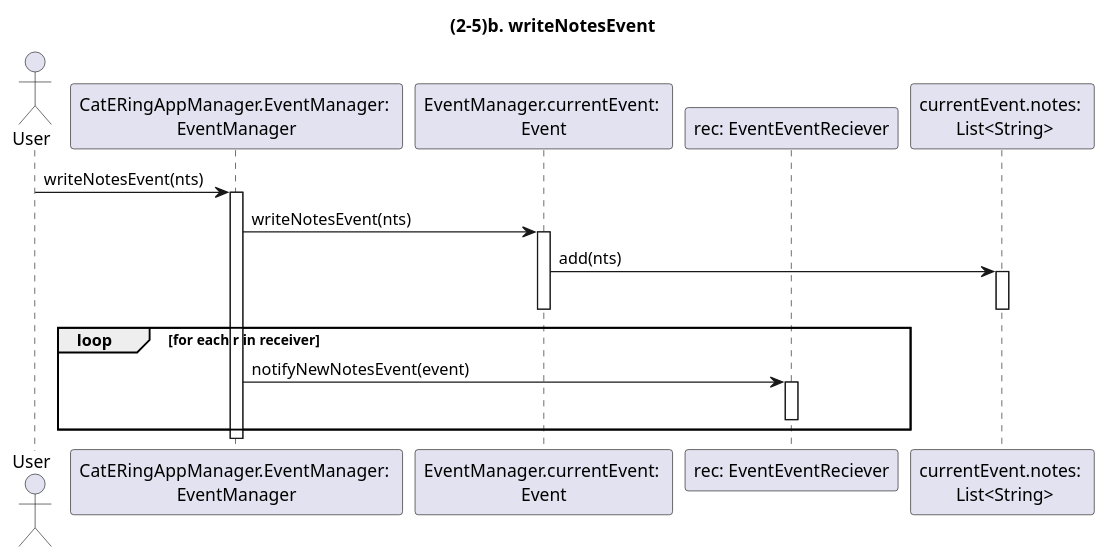
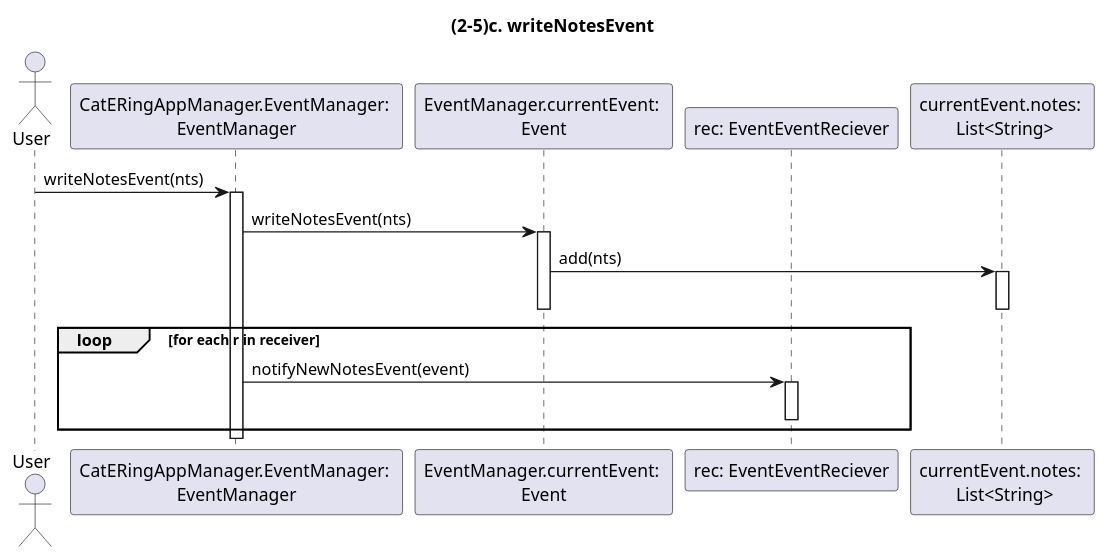
The diagram in dsd/dsd-eventi/estensioniEcc/925c-writeNotesEvent.md (m0canu1/sas), drawn with PlantUML before and after one commit. The commit also changed 1 other file, not shown here.

Commit message:
modifiche nei numeri se no ci segano

````diff
--- a/dsd/dsd-eventi/estensioniEcc/925c-writeNotesEvent.md
+++ b/dsd/dsd-eventi/estensioniEcc/925c-writeNotesEvent.md
@@ -1,27 +1,27 @@
 ```plantuml
 
-title: (2-5)b. writeNotesEvent
+title: (2-5)c. writeNotesEvent
 
 Actor  User
 Participant "CatERingAppManager.EventManager: \nEventManager"  as EM
 Participant "EventManager.currentEvent: \nEvent" as CE
 Participant "rec: EventEventReciever" as EER
 Participant "currentEvent.notes: \n List<String>" as NO
 
 User -> EM: writeNotesEvent(nts)
 Activate EM
 EM -> CE: writeNotesEvent(nts)
 Activate CE
       CE -> NO: add(nts)
       Activate NO
       Deactivate NO
 Deactivate CE
 
 loop for each r in receiver
     EM -> EER: notifyNewNotesEvent(event)
     Activate EER
     Deactivate EER
 end
 Deactivate EM
 
 ```
````
